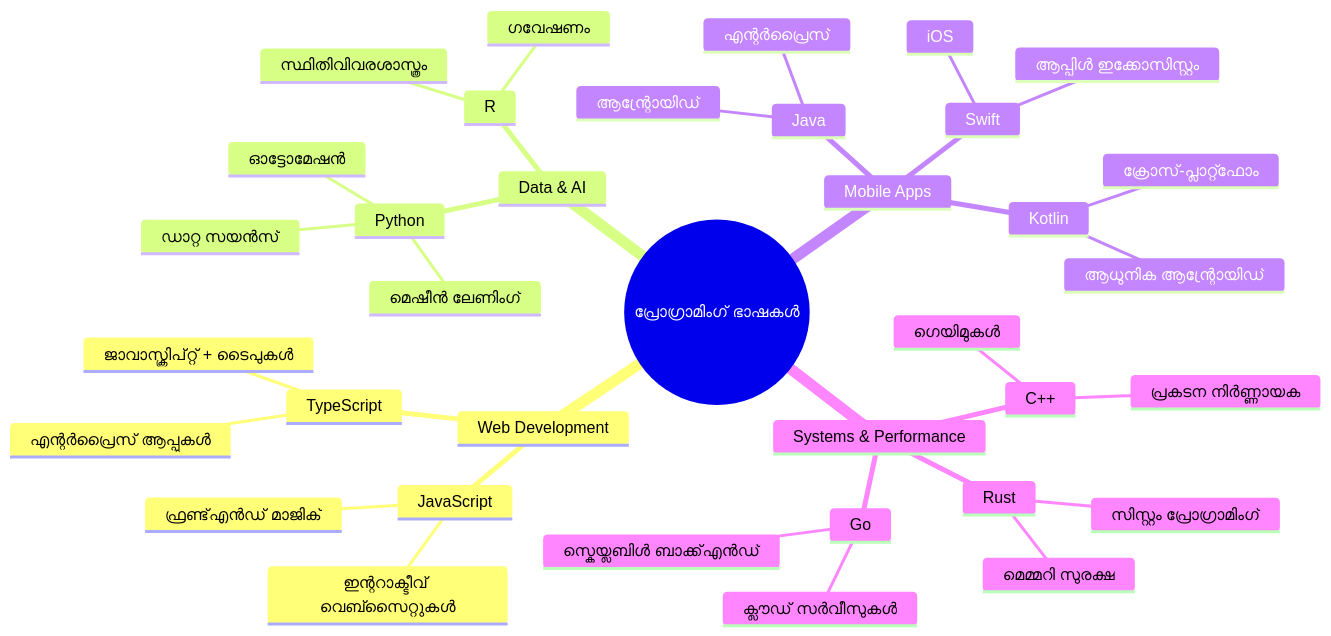
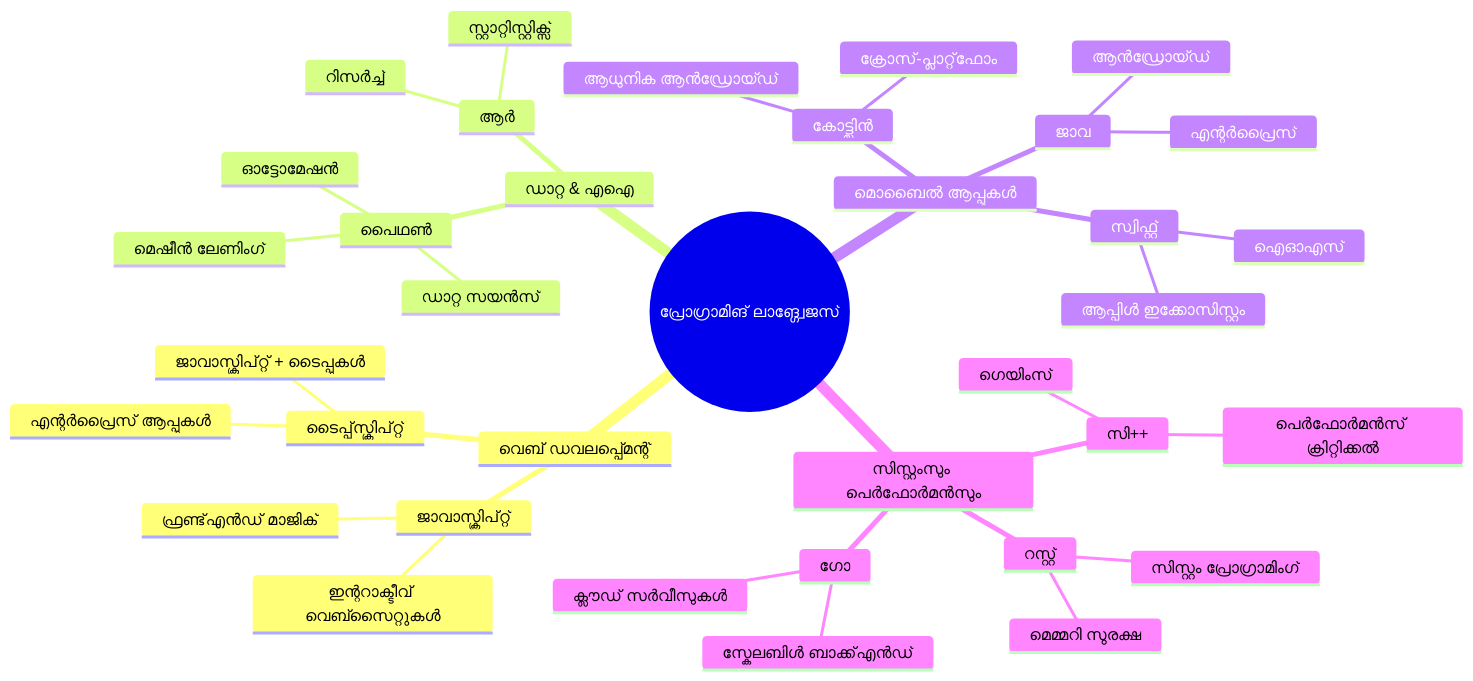
One commit to microsoft/Web-Dev-For-Beginners changed the second of 7 diagrams in translations/ml/1-getting-started-lessons/1-intro-to-programming-languages/README.md. Above: the diagram before and after it, drawn with Mermaid. The commit also changed other lines of this file and 8 other files, not shown here.

````diff
--- a/translations/ml/1-getting-started-lessons/1-intro-to-programming-languages/README.md
+++ b/translations/ml/1-getting-started-lessons/1-intro-to-programming-languages/README.md
@@ -88,39 +84,39 @@
 ```mermaid
 mindmap
-  root((പ്രോഗ്രാമിംഗ് ഭാഷകൾ))
-    Web Development
-      JavaScript
+  root((പ്രോഗ്രാമിങ് ലാങ്ഗ്വേജസ്))
+    വെബ് ഡവലപ്പ്മെന്റ്
+      ജാവാസ്ക്രിപ്റ്റ്
         ഫ്രണ്ട്‌എൻഡ് മാജിക്
         ഇന്ററാക്ടീവ് വെബ്സൈറ്റുകൾ
-      TypeScript
-        ജാവാസ്ക്രിപ്റ്റ് + ടൈപുകൾ
+      ടൈപ്പ്‌സ്ക്രിപ്റ്റ്
+        ജാവാസ്ക്രിപ്റ്റ് + ടൈപ്പുകൾ
         എന്റർപ്രൈസ് ആപ്പുകൾ
-    Data & AI
-      Python
+    ഡാറ്റ & എഐ
+      പൈഥൺ
         ഡാറ്റ സയൻസ്
         മെഷീൻ ലേണിംഗ്
         ഓട്ടോമേഷൻ
-      R
-        സ്ഥിതിവിവരശാസ്ത്രം
-        ഗവേഷണം
-    Mobile Apps
-      Java
-        ആന്റ്രോയിഡ്
+      ആർ
+        സ്റ്റാറ്റിസ്റ്റിക്സ്
+        റിസർച്ച്
+    മൊബൈൽ ആപ്പുകൾ
+      ജാവ
+        ആൻഡ്രോയ്ഡ്
         എന്റർപ്രൈസ്
-      Swift
-        iOS
+      സ്വിഫ്റ്റ്
+        ഐഓഎസ്
         ആപ്പിൾ ഇക്കോസിസ്റ്റം
-      Kotlin
-        ആധുനിക ആന്റ്രോയിഡ്
-        ക്രോസ്-പ്ലാറ്റ്ഫോം
-    Systems & Performance
-      C++
-        ഗെയിമുകൾ
-        പ്രകടന നിർണ്ണായക
-      Rust
+      കോട്ട്ലിൻ
+        ആധുനിക ആൻഡ്രോയ്ഡ്
+        ക്രോസ്-പ്ലാറ്റ്‌ഫോം
+    സിസ്റ്റംസും പെർഫോർമൻസും
+      സി++
+        ഗെയിംസ്
+        പെർഫോർമൻസ് ക്രിറ്റിക്കൽ
+      റസ്റ്റ്
         മെമ്മറി സുരക്ഷ
         സിസ്റ്റം പ്രോഗ്രാമിംഗ്
-      Go
+      ഗോ
         ക്ലൗഡ് സർവീസുകൾ
-        സ്കെയ്ലബിൾ ബാക്ക്എൻഡ്
+        സ്കേലബിൾ ബാക്ക്എൻഡ്
 ```
````
